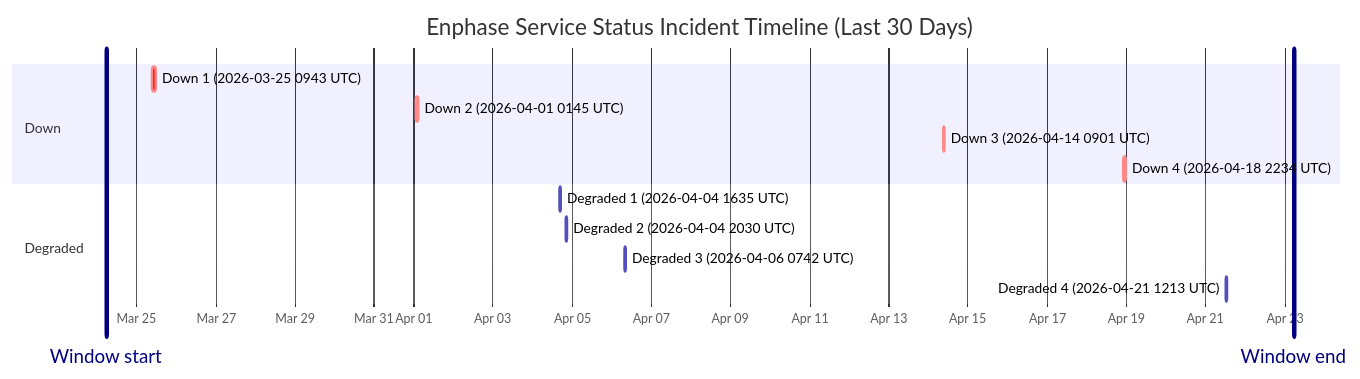
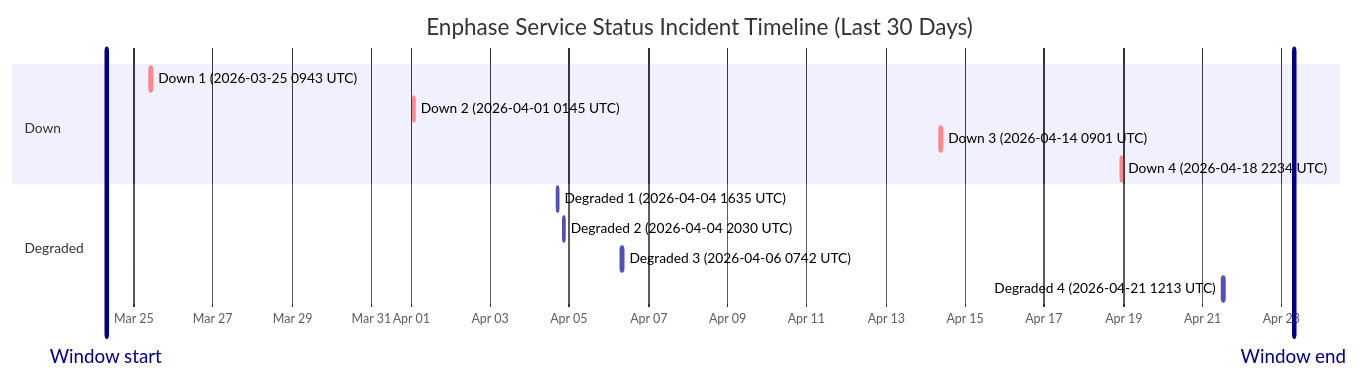
Before and after one commit to barneyonline/ha-enphase-ev-charger: the diagram in wiki/Service-Status-History.md, drawn with Mermaid. The commit also changed other lines of this file and 3 other files, not shown here.

````diff
--- a/wiki/Service-Status-History.md
+++ b/wiki/Service-Status-History.md
@@ -14,18 +14,18 @@
 ```mermaid
 gantt
     title Enphase Service Status Incident Timeline (Last 30 Days)
     dateFormat  YYYY-MM-DDTHH:mm:ss
     axisFormat  %b %d
-    Window start :vert, window-start, 2026-03-24T05:29:36, 0ms
-    Window end :vert, window-end, 2026-04-23T05:29:36, 0ms
+    Window start :vert, window-start, 2026-03-24T07:14:22, 0ms
+    Window end :vert, window-end, 2026-04-23T07:14:22, 0ms
     section Down
     Down 1 (2026-03-25 0943 UTC) :crit, down-1, 2026-03-25T09:43:28, 111m
     Down 2 (2026-04-01 0145 UTC) :crit, down-2, 2026-04-01T01:45:09, 60m
     Down 3 (2026-04-14 0901 UTC) :crit, down-3, 2026-04-14T09:01:13, 60m
     Down 4 (2026-04-18 2234 UTC) :crit, down-4, 2026-04-18T22:34:13, 60m
     section Degraded
     Degraded 1 (2026-04-04 1635 UTC) :active, degraded-1, 2026-04-04T16:35:17, 60m
     Degraded 2 (2026-04-04 2030 UTC) :active, degraded-2, 2026-04-04T20:30:40, 60m
     Degraded 3 (2026-04-06 0742 UTC) :active, degraded-3, 2026-04-06T07:42:09, 85m
     Degraded 4 (2026-04-21 1213 UTC) :active, degraded-4, 2026-04-21T12:13:11, 60m
 ```
````
